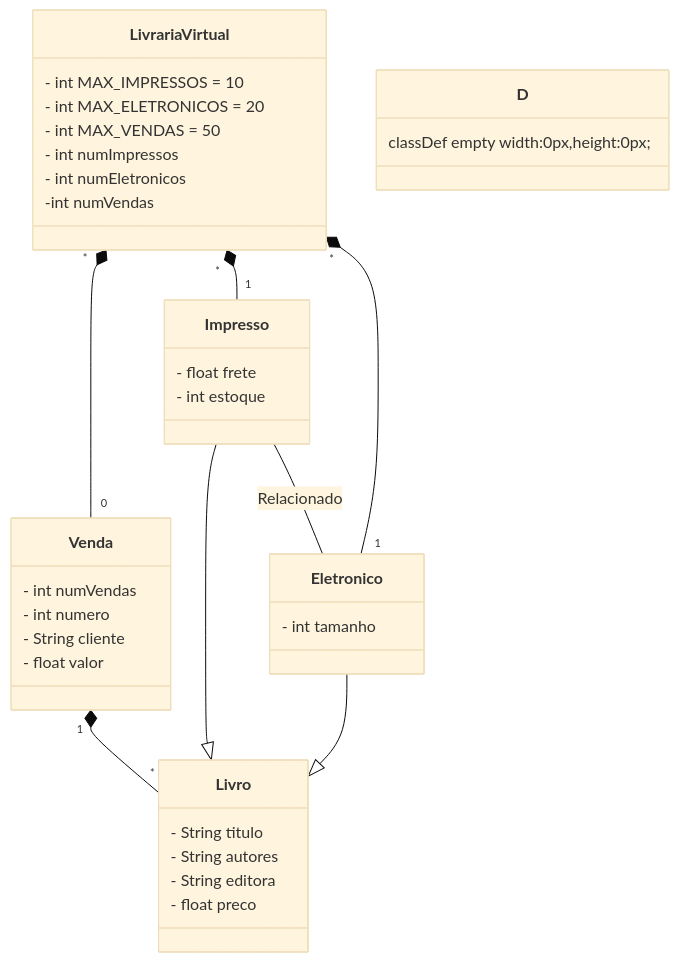
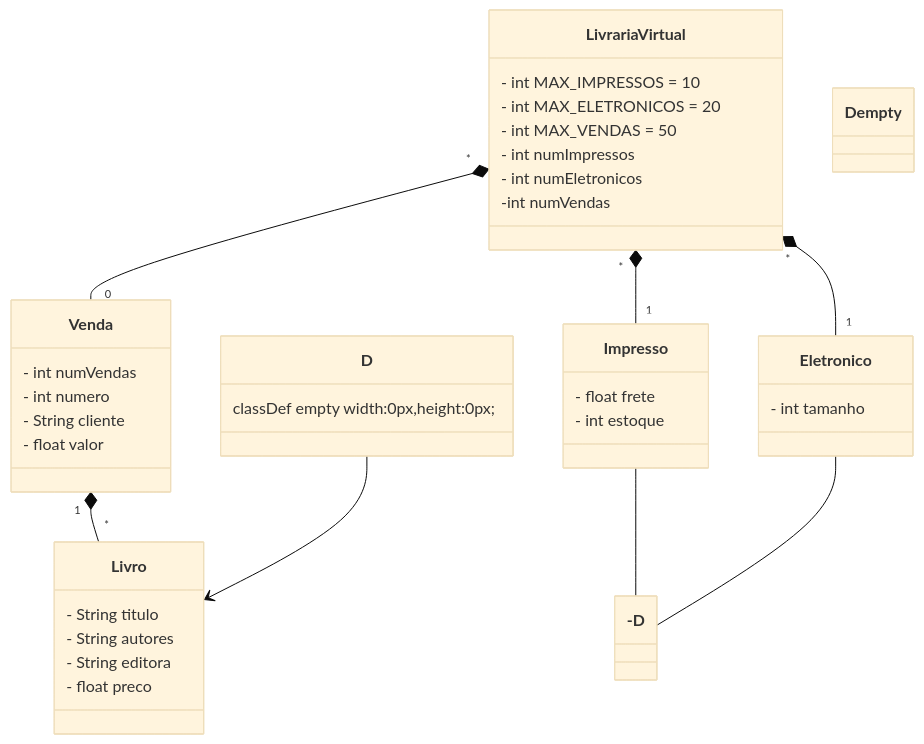
One commit to DevTrail-Squad-4/Desafiodalivraria changed the diagram in README.md. Above: the diagram before and after it, drawn with Mermaid (base theme).

````diff
--- a/README.md
+++ b/README.md
@@ -3,48 +3,50 @@
 ```mermaid
 classDiagram
   class LivrariaVirtual {
     - int MAX_IMPRESSOS = 10
     - int MAX_ELETRONICOS = 20
     - int MAX_VENDAS = 50
     - int numImpressos
     - int numEletronicos
 	-int numVendas
   }
 
   class Venda {
     - int numVendas
     - int numero
     - String cliente
     - float valor
   }
 
   class Impresso {
     - float frete
     - int estoque
   }
 
   class Eletronico {
     - int tamanho
   }
 
   class Livro {
     - String titulo
     - String autores
     - String editora
     - float preco
   }
 
 class D {
     %% Define a classe D como um placeholder invisível
     classDef empty width:0px,height:0px;
   }
 
   LivrariaVirtual "*" *-- "0" Venda
   LivrariaVirtual "*" *-- "1" Impresso
   LivrariaVirtual "*" *-- "1" Eletronico
   Venda "1" *-- "*" Livro
- Impresso --|> Livro
-  Eletronico --|> Livro
-  
-  Impresso -- Eletronico : Relacionado
+Impresso --- D
+  Eletronico --- D
+  D --> Livro
+
+  %% Aplicando o estilo empty ao D
+  class D empty
 ```
````
